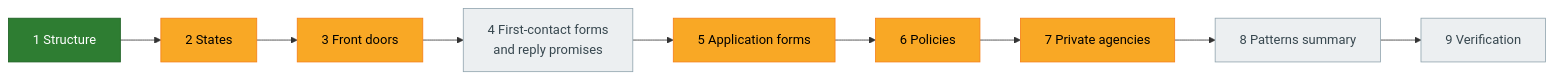
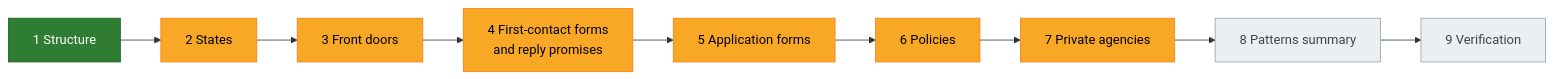
The first of 3 diagrams in docs/us-survey-plan.md (jamiegannaway/kinderform), drawn with Mermaid before and after one commit. The commit also changed other lines of this file and 10 other files, not shown here.

First line of the commit message:
US register: first crawl of front-door pages and application forms

````diff
--- a/docs/us-survey-plan.md
+++ b/docs/us-survey-plan.md
@@ -20,16 +20,16 @@
 ```mermaid
 flowchart LR
     P1["1 Structure"]:::done
     P2["2 States"]:::partial
     P3["3 Front doors"]:::partial
-    P4["4 First-contact forms<br>and reply promises"]:::todo
+    P4["4 First-contact forms<br>and reply promises"]:::partial
     P5["5 Application forms"]:::partial
     P6["6 Policies"]:::partial
     P7["7 Private agencies"]:::partial
     P8["8 Patterns summary"]:::todo
     P9["9 Verification"]:::todo
     P1 --> P2 --> P3 --> P4 --> P5 --> P6 --> P7 --> P8 --> P9
     classDef done fill:#2e7d32,stroke:#1b5e20,color:#ffffff
     classDef partial fill:#f9a825,stroke:#f57f17,color:#000000
     classDef todo fill:#eceff1,stroke:#90a4ae,color:#37474f
 ```
````
